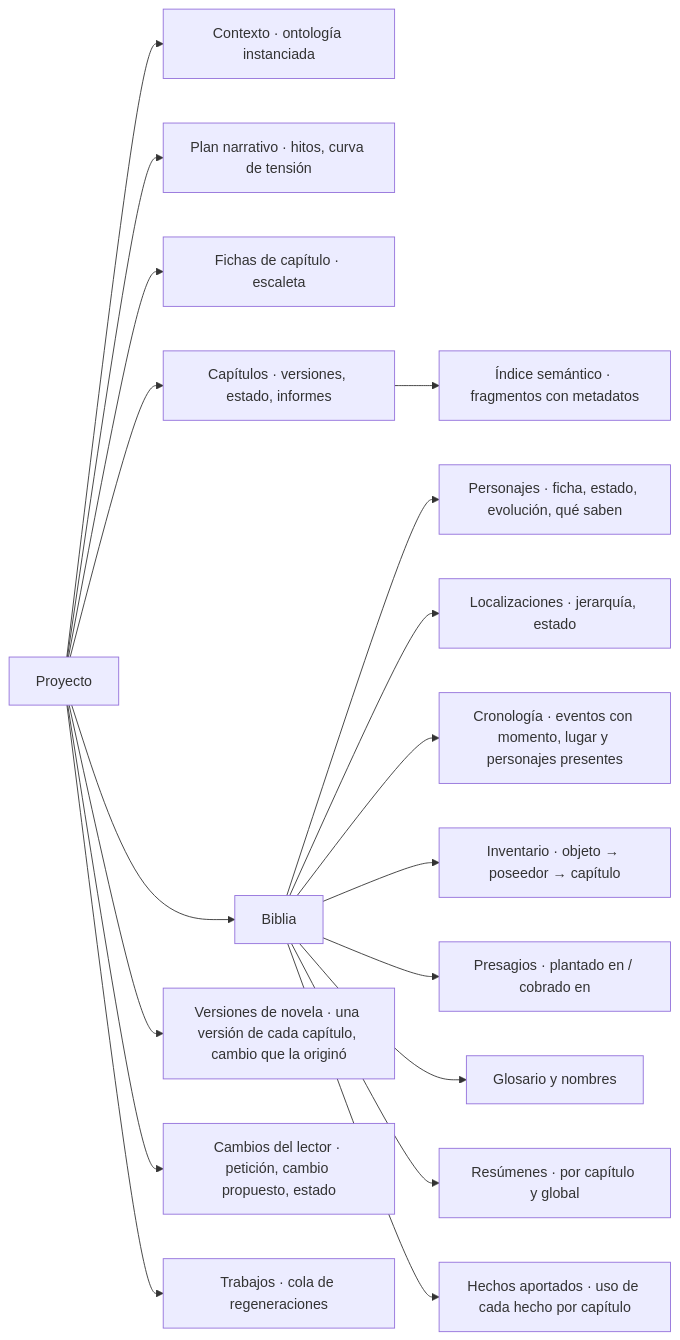
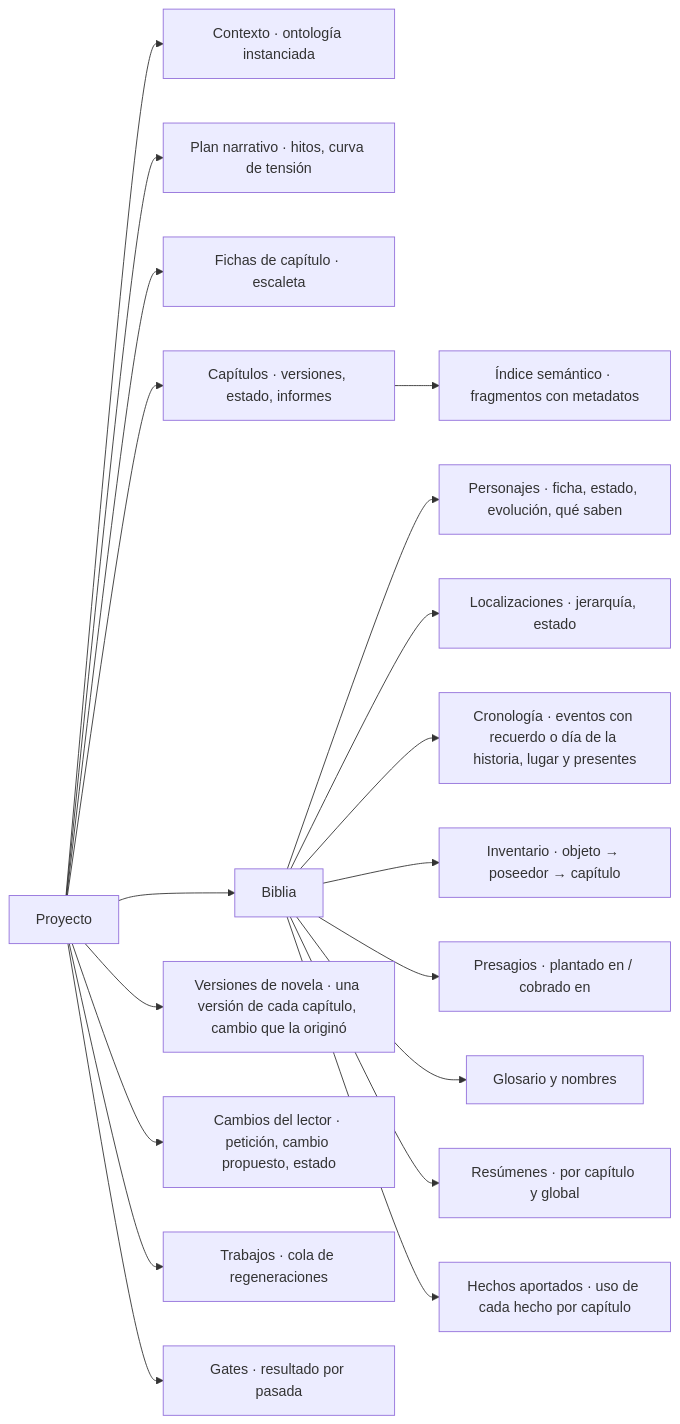
One commit to Asieribarz/my-story-marker changed the seventh of 10 diagrams in docs/architecture.md. Above: the diagram before and after it, drawn with Mermaid. The commit also changed other lines of this file and 116 other files, not shown here.

````diff
--- a/docs/architecture.md
+++ b/docs/architecture.md
@@ -359,20 +379,21 @@
 ```mermaid
 flowchart LR
   PRJ["Proyecto"] --> CTX["Contexto · ontología instanciada"]
   PRJ --> PLAN["Plan narrativo · hitos, curva de tensión"]
   PRJ --> FIC["Fichas de capítulo · escaleta"]
   PRJ --> CAP["Capítulos · versiones, estado, informes"]
   PRJ --> BIB["Biblia"]
   BIB --> B1["Personajes · ficha, estado, evolución, qué saben"]
   BIB --> B2["Localizaciones · jerarquía, estado"]
-  BIB --> B3["Cronología · eventos con momento, lugar y personajes presentes"]
+  BIB --> B3["Cronología · eventos con recuerdo o día de la historia, lugar y presentes"]
   BIB --> B4["Inventario · objeto → poseedor → capítulo"]
   BIB --> B5["Presagios · plantado en / cobrado en"]
   BIB --> B6["Glosario y nombres"]
   BIB --> B7["Resúmenes · por capítulo y global"]
   BIB --> B8["Hechos aportados · uso de cada hecho por capítulo"]
   CAP --> IDX["Índice semántico · fragmentos con metadatos"]
   PRJ --> VN["Versiones de novela · una versión de cada capítulo, cambio que la originó"]
   PRJ --> CL["Cambios del lector · petición, cambio propuesto, estado"]
   PRJ --> TR["Trabajos · cola de regeneraciones"]
+  PRJ --> GT["Gates · resultado por pasada"]
 ```
````
